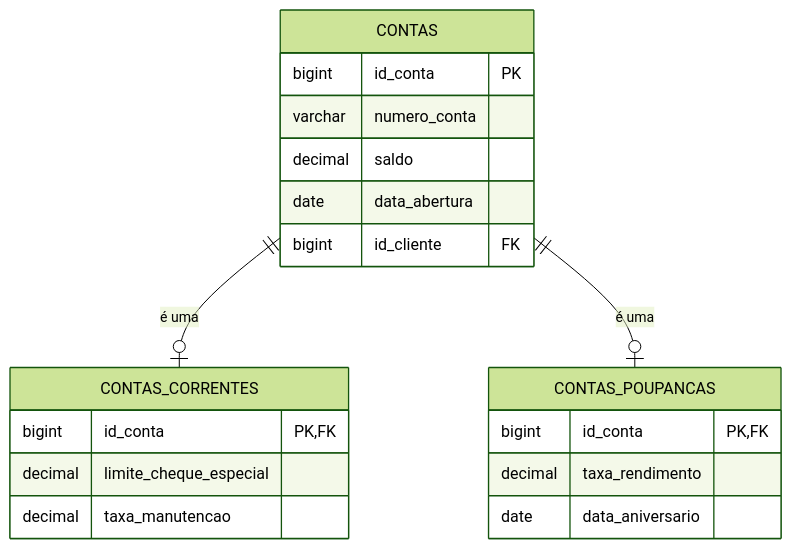
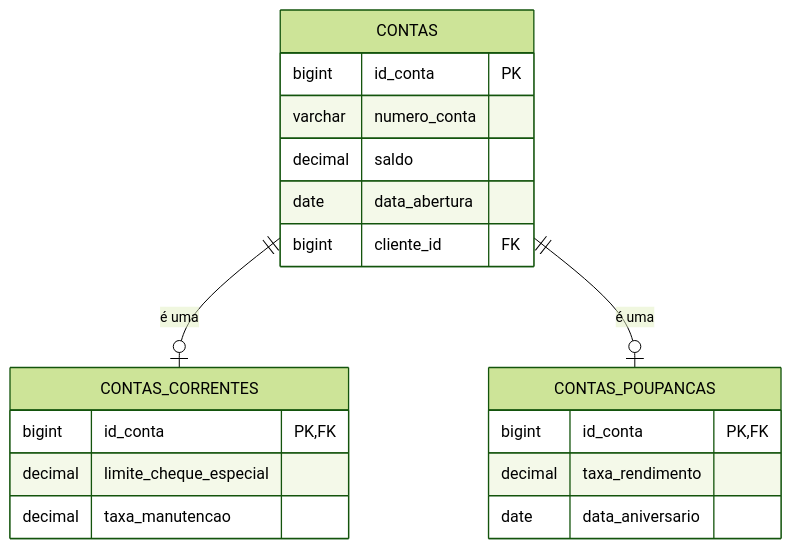
One commit to DSM-Fatec-Jahu/Banco-de-Dados-Relacional-IBD015 changed the third of 8 diagrams in aulas/Aula_01_Revisao_Modelagem_Conceitual.md. Above: the diagram before and after it, drawn with Mermaid (forest theme). The commit also changed other lines of this file and 1 other file, not shown here.

````diff
--- a/aulas/Aula_01_Revisao_Modelagem_Conceitual.md
+++ b/aulas/Aula_01_Revisao_Modelagem_Conceitual.md
@@ -311,25 +311,25 @@
 ```mermaid
 erDiagram
     CONTAS {
         bigint id_conta PK
         varchar numero_conta
         decimal saldo
         date data_abertura
-        bigint id_cliente FK
+        bigint cliente_id FK
     }
 
     CONTAS_CORRENTES {
         bigint id_conta PK, FK
         decimal limite_cheque_especial
         decimal taxa_manutencao
     }
 
     CONTAS_POUPANCAS {
         bigint id_conta PK, FK
         decimal taxa_rendimento
         date data_aniversario
     }
 
     CONTAS ||--o| CONTAS_CORRENTES : "é uma"
     CONTAS ||--o| CONTAS_POUPANCAS : "é uma"
 ```
````
